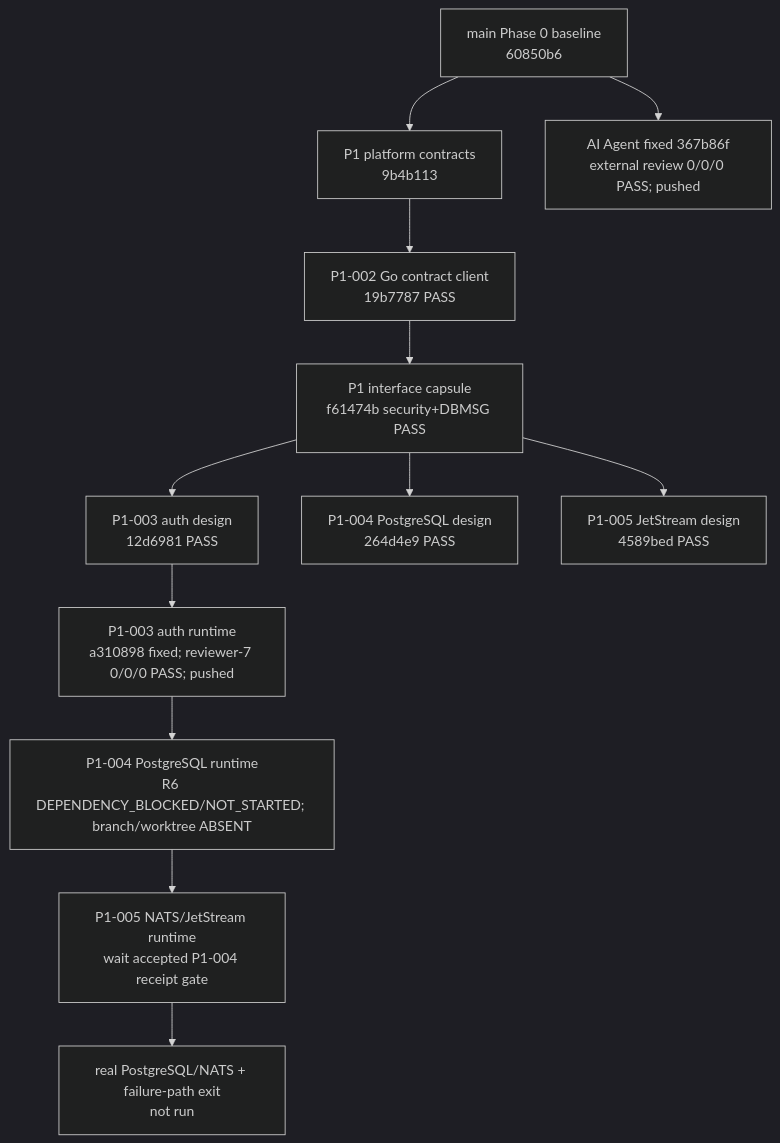
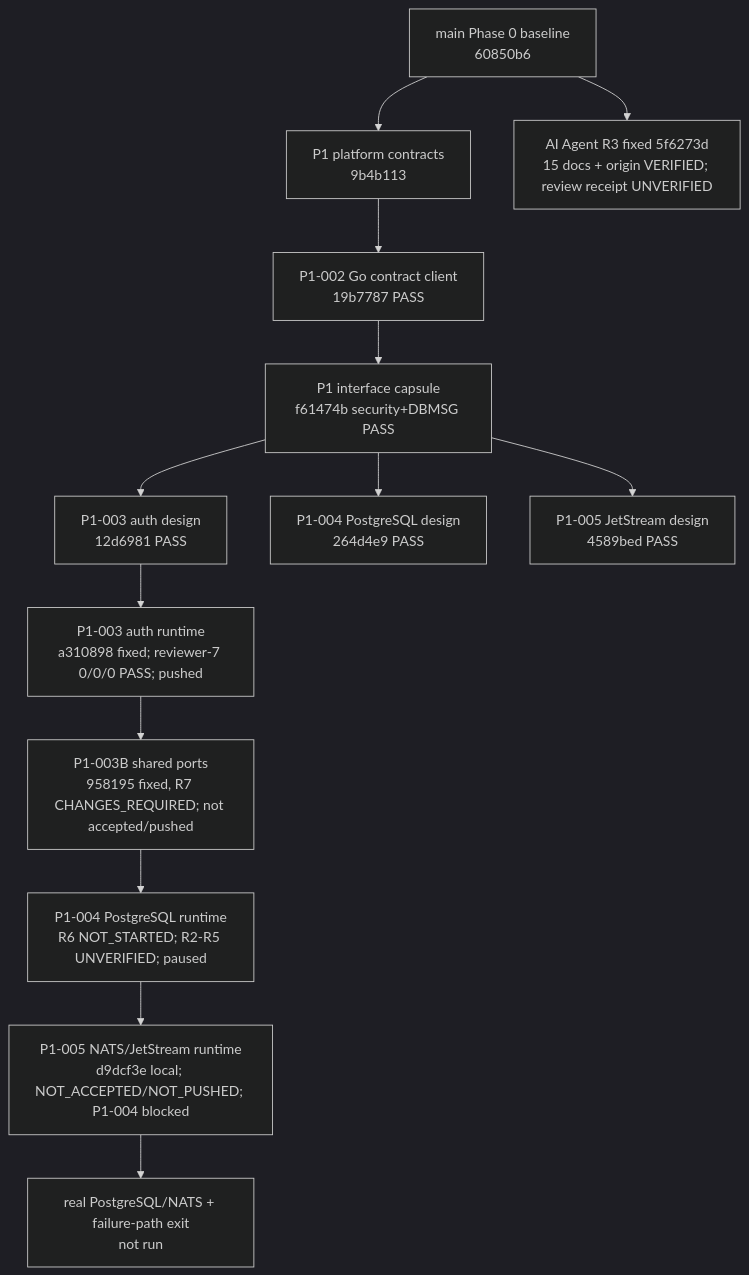
The diagram in docs/CODE_MAP.md (bbb22233/FIT-Trade), drawn with Mermaid (dark theme) before and after one commit. The commit also changed other lines of this file and 1 other file, not shown here.

````diff
--- a/docs/CODE_MAP.md
+++ b/docs/CODE_MAP.md
@@ -60,14 +64,15 @@
 ```mermaid
 flowchart TD
   B["main Phase 0 baseline\n60850b6"] --> PC["P1 platform contracts\n9b4b113"]
   PC --> G["P1-002 Go contract client\n19b7787 PASS"]
   G --> C["P1 interface capsule\nf61474b security+DBMSG PASS"]
   C --> D3["P1-003 auth design\n12d6981 PASS"]
   C --> D4["P1-004 PostgreSQL design\n264d4e9 PASS"]
   C --> D5["P1-005 JetStream design\n4589bed PASS"]
   D3 --> R3["P1-003 auth runtime\na310898 fixed; reviewer-7 0/0/0 PASS; pushed"]
-  R3 --> R4["P1-004 PostgreSQL runtime\nR6 DEPENDENCY_BLOCKED/NOT_STARTED; branch/worktree ABSENT"]
-  R4 --> R5["P1-005 NATS/JetStream runtime\nwait accepted P1-004 receipt gate"]
+  R3 --> W["P1-003B shared ports\n958195 fixed, R7 CHANGES_REQUIRED; not accepted/pushed"]
+  W --> R4["P1-004 PostgreSQL runtime\nR6 NOT_STARTED; R2-R5 UNVERIFIED; paused"]
+  R4 --> R5["P1-005 NATS/JetStream runtime\nd9dcf3e local; NOT_ACCEPTED/NOT_PUSHED; P1-004 blocked"]
   R5 --> E2E["real PostgreSQL/NATS + failure-path exit\nnot run"]
-  B --> A["AI Agent fixed 367b86f\nexternal review 0/0/0 PASS; pushed"]
+  B --> A["AI Agent R3 fixed 5f6273d\n15 docs + origin VERIFIED; review receipt UNVERIFIED"]
 ```
````
